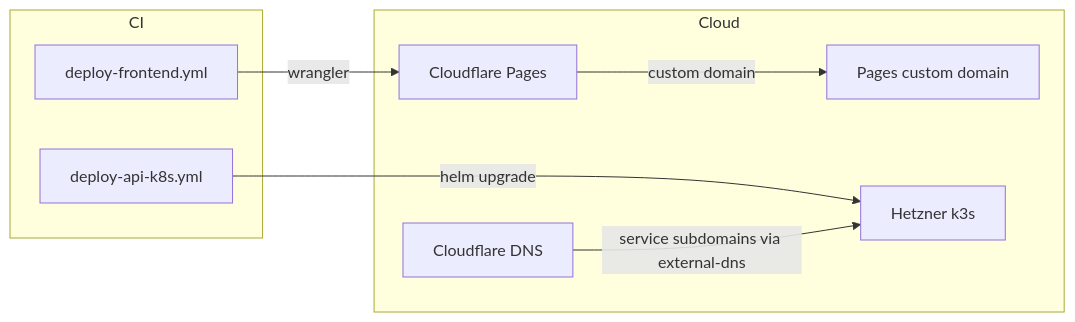
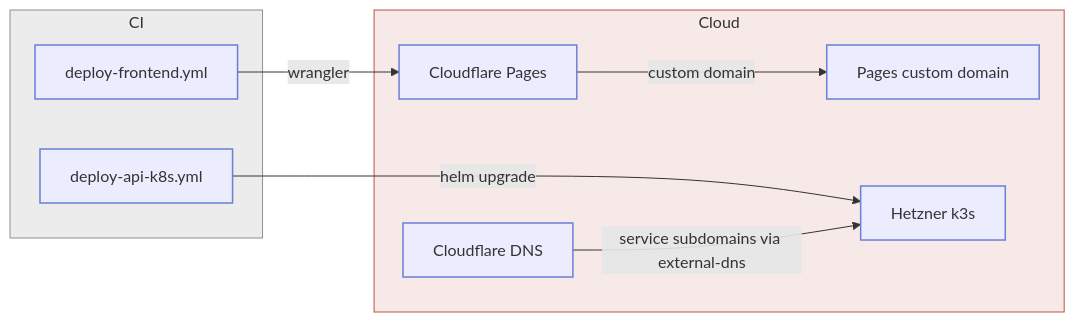
Before and after one commit to Ishou/wordsparrow: the second of 5 diagrams in README.md, drawn with Mermaid. The commit also changed other lines of this file and 5 other files, not shown here.

First line of the commit message:
feat(infra-diagrams): brand-palette styling for README diagrams (#815)

````diff
--- a/README.md
+++ b/README.md
@@ -104,17 +115,20 @@
 ```mermaid
 flowchart LR
   subgraph CI
     deploy_api_k8s["deploy-api-k8s.yml"]
     deploy_frontend["deploy-frontend.yml"]
   end
   subgraph Cloud
     pages["Cloudflare Pages"]
     pagesdomain["Pages custom domain"]
     dns["Cloudflare DNS"]
     k3s["Hetzner k3s"]
   end
   deploy_frontend -->|wrangler| pages
   deploy_api_k8s -->|helm upgrade| k3s
   pages -->|custom domain| pagesdomain
   dns -->|service subdomains via external-dns| k3s
+  style CI fill:#5a655a1f,stroke:#8b9488;
+  style Cloud fill:#b8554020,stroke:#b85540;
+  classDef default stroke:#6b7fd7,stroke-width:1.5px;
 ```
````
